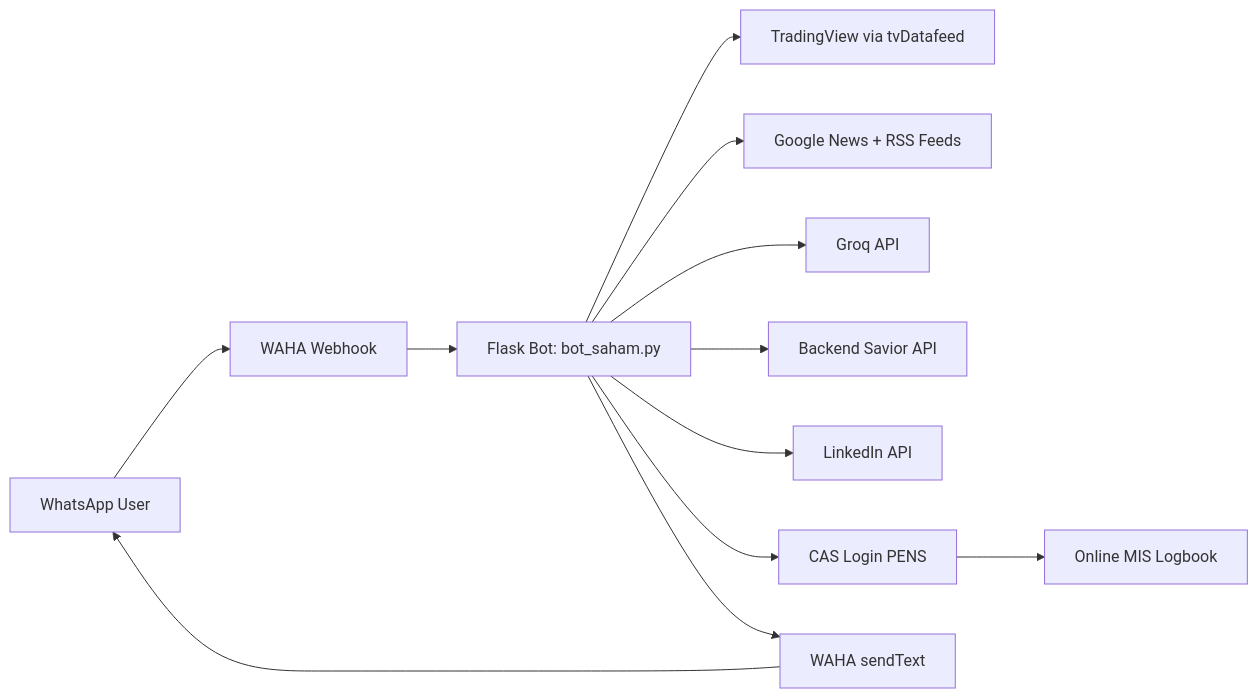
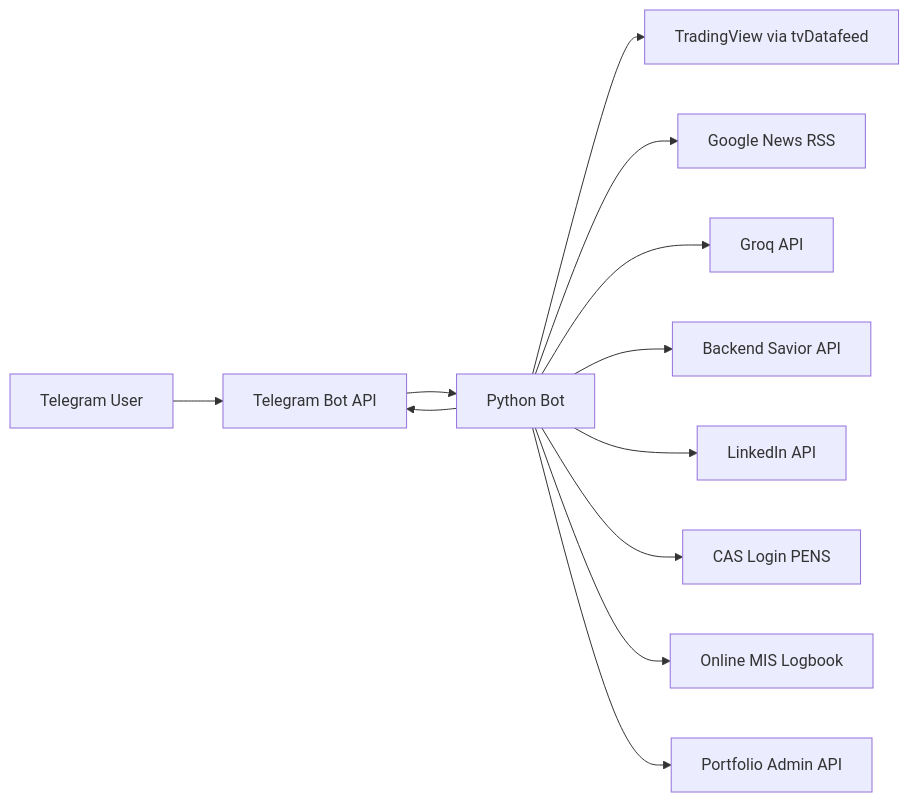
The diagram in README.md (Syauqi-N/Bot_Saham), drawn with Mermaid before and after one commit. The commit also changed other lines of this file and 14 other files, not shown here.

````diff
--- a/README.md
+++ b/README.md
@@ -46,16 +63,16 @@
 ```mermaid
 flowchart LR
-    U[WhatsApp User] --> W[WAHA Webhook]
-    W --> B[Flask Bot: bot_saham.py]
+    U[Telegram User] --> T[Telegram Bot API]
+    T --> B[Python Bot]
 
-    B --> T[TradingView via tvDatafeed]
-    B --> N[Google News + RSS Feeds]
+    B --> V[TradingView via tvDatafeed]
+    B --> N[Google News RSS]
     B --> G[Groq API]
     B --> S[Backend Savior API]
     B --> L[LinkedIn API]
     B --> C[CAS Login PENS]
-    C --> M[Online MIS Logbook]
+    B --> M[Online MIS Logbook]
+    B --> P[Portfolio Admin API]
 
-    B --> R[WAHA sendText]
-    R --> U
+    B --> T
 ```
````
